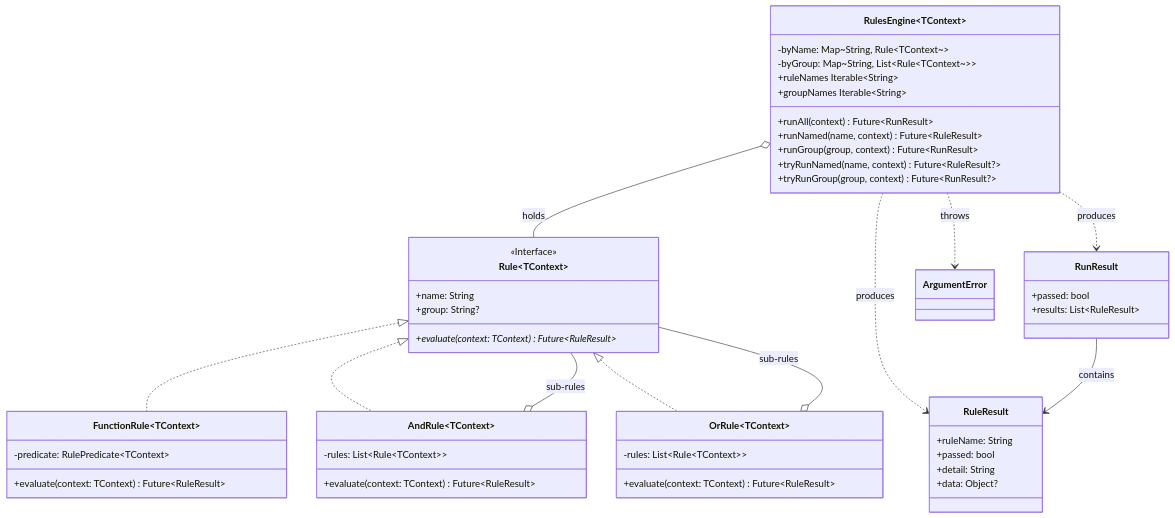
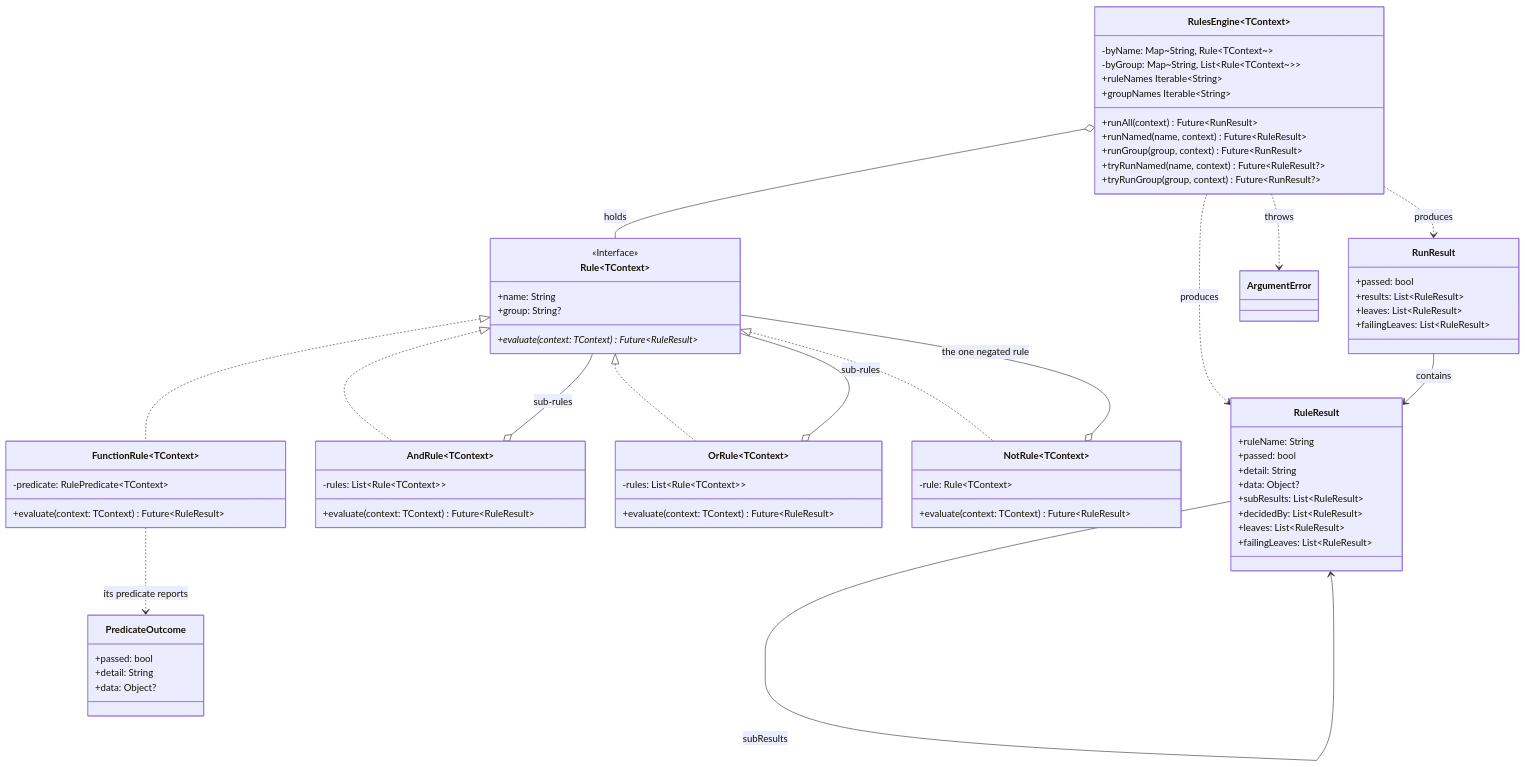
One commit to pawan-vyas/verdict-rules changed the diagram in docs/architecture/dart.md. Above: the diagram before and after it, drawn with Mermaid. The commit also changed other lines of this file and 3 other files, not shown here.

````diff
--- a/docs/architecture/dart.md
+++ b/docs/architecture/dart.md
@@ -36,53 +36,72 @@
 ```mermaid
 classDiagram
     class `Rule~TContext~` {
         <<Interface>>
         +name: String
         +group: String?
         +evaluate(context: TContext)* Future~RuleResult~
+    }
+    class PredicateOutcome {
+        +passed: bool
+        +detail: String
+        +data: Object?
     }
     class `FunctionRule~TContext~` {
         -predicate: RulePredicate~TContext~
         +evaluate(context: TContext) Future~RuleResult~
     }
     class `AndRule~TContext~` {
         -rules: List~Rule~TContext~~
         +evaluate(context: TContext) Future~RuleResult~
     }
     class `OrRule~TContext~` {
         -rules: List~Rule~TContext~~
+        +evaluate(context: TContext) Future~RuleResult~
+    }
+    class `NotRule~TContext~` {
+        -rule: Rule~TContext~
         +evaluate(context: TContext) Future~RuleResult~
     }
     class `RulesEngine~TContext~` {
         -byName: Map~String, Rule~TContext~~
         -byGroup: Map~String, List~Rule~TContext~~~
         +runAll(context) Future~RunResult~
         +runNamed(name, context) Future~RuleResult~
         +runGroup(group, context) Future~RunResult~
         +tryRunNamed(name, context) Future~RuleResult?~
         +tryRunGroup(group, context) Future~RunResult?~
         +ruleNames Iterable~String~
         +groupNames Iterable~String~
     }
     class RuleResult {
         +ruleName: String
         +passed: bool
         +detail: String
         +data: Object?
+        +subResults: List~RuleResult~
+        +decidedBy: List~RuleResult~
+        +leaves: List~RuleResult~
+        +failingLeaves: List~RuleResult~
     }
     class RunResult {
         +passed: bool
         +results: List~RuleResult~
+        +leaves: List~RuleResult~
+        +failingLeaves: List~RuleResult~
     }
 
     `Rule~TContext~` <|.. `FunctionRule~TContext~`
     `Rule~TContext~` <|.. `AndRule~TContext~`
     `Rule~TContext~` <|.. `OrRule~TContext~`
+    `Rule~TContext~` <|.. `NotRule~TContext~`
+    `FunctionRule~TContext~` ..> PredicateOutcome : its predicate reports
     `AndRule~TContext~` o-- `Rule~TContext~` : sub-rules
     `OrRule~TContext~` o-- `Rule~TContext~` : sub-rules
+    `NotRule~TContext~` o-- `Rule~TContext~` : the one negated rule
     `RulesEngine~TContext~` o-- `Rule~TContext~` : holds
     `RulesEngine~TContext~` ..> RuleResult : produces
     `RulesEngine~TContext~` ..> RunResult : produces
     `RulesEngine~TContext~` ..> ArgumentError : throws
     RunResult --> RuleResult : contains
+    RuleResult --> RuleResult : subResults
 ```
````
